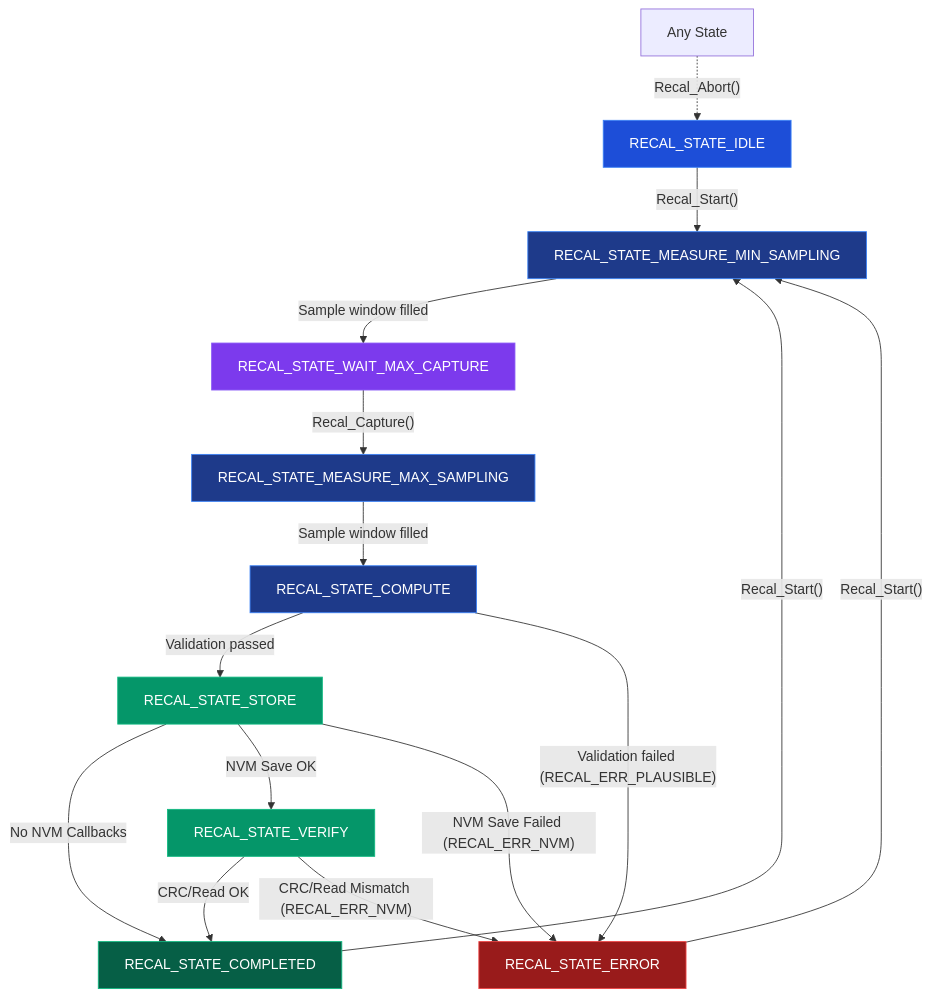
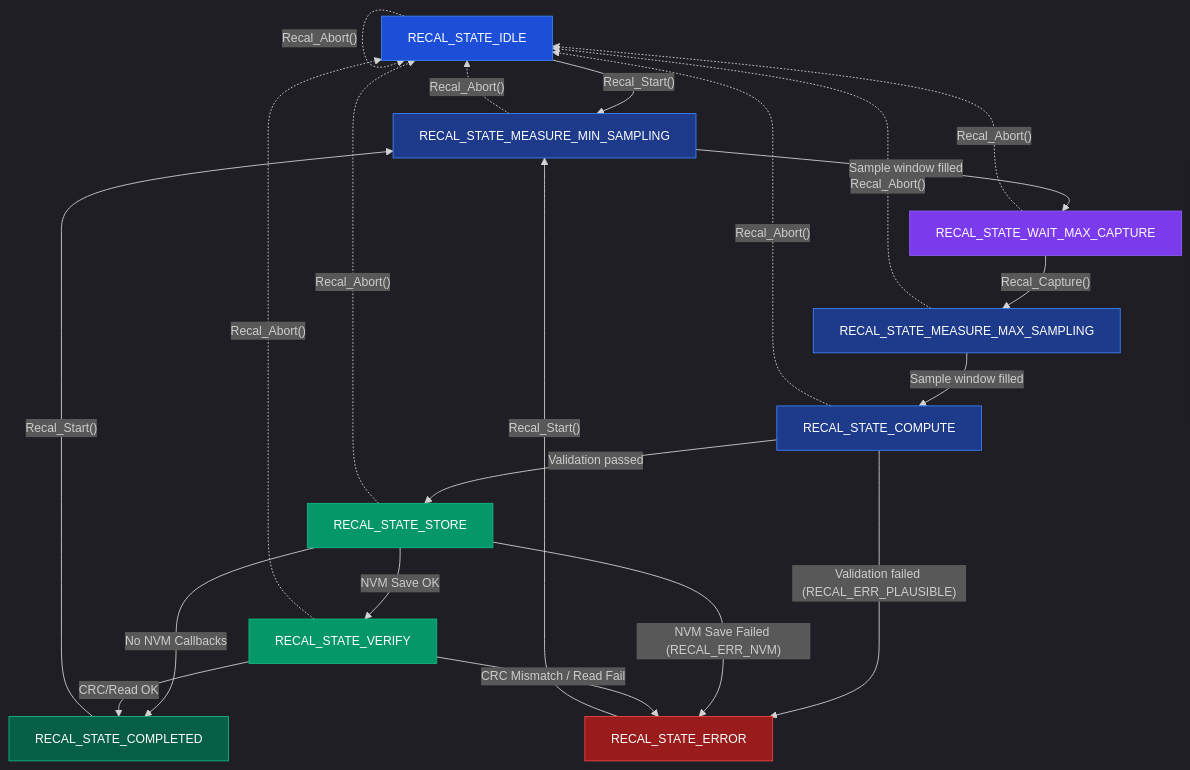
Before and after one commit to ARTTU-Software/common: the second of 2 diagrams in docs/modules/drivers/recalibration.md, drawn with Mermaid. The commit also changed other lines of this file and 3 other files, not shown here.

````diff
--- a/docs/modules/drivers/recalibration.md
+++ b/docs/modules/drivers/recalibration.md
@@ -23,40 +304,58 @@
 ```mermaid
+%%{init: {
+  'theme': 'dark',
+  'themeVariables': {
+    'fontSize': '14px',
+    'fontFamily': 'system-ui, sans-serif'
+  },
+  'flowchart': {
+    'nodeSpacing': 30,
+    'rankSpacing': 40,
+    'padding': 15,
+    'curve': 'basis'
+  }
+}}%%
 flowchart TB
-    %% Define reusable class styles
     classDef startNode fill:#1d4ed8,stroke:#3b82f6,stroke-width:1px,color:#fff;
     classDef errorNode fill:#991b1b,stroke:#ef4444,stroke-width:1px,color:#fff;
     classDef successNode fill:#065f46,stroke:#10b981,stroke-width:1px,color:#fff;
     classDef rxPath fill:#7c3aed,stroke:#8b5cf6,stroke-width:1px,color:#fff;
     classDef txPath fill:#059669,stroke:#10b981,stroke-width:1px,color:#fff;
     classDef ctrlPath fill:#1e3a8a,stroke:#3b82f6,stroke-width:1px,color:#fff;
 
     idle["RECAL_STATE_IDLE"]:::startNode
     min_samp["RECAL_STATE_MEASURE_MIN_SAMPLING"]:::ctrlPath
     wait_max["RECAL_STATE_WAIT_MAX_CAPTURE"]:::rxPath
     max_samp["RECAL_STATE_MEASURE_MAX_SAMPLING"]:::ctrlPath
     compute["RECAL_STATE_COMPUTE"]:::ctrlPath
     store["RECAL_STATE_STORE"]:::txPath
     verify["RECAL_STATE_VERIFY"]:::txPath
     completed["RECAL_STATE_COMPLETED"]:::successNode
     err["RECAL_STATE_ERROR"]:::errorNode
 
     idle -->|"Recal_Start()"| min_samp
     min_samp -->|"Sample window filled"| wait_max
     wait_max -->|"Recal_Capture()"| max_samp
     max_samp -->|"Sample window filled"| compute
 
     compute -->|"Validation passed"| store
     compute -->|"Validation failed (RECAL_ERR_PLAUSIBLE)"| err
 
     store -->|"No NVM Callbacks"| completed
     store -->|"NVM Save OK"| verify
     store -->|"NVM Save Failed (RECAL_ERR_NVM)"| err
 
     verify -->|"CRC/Read OK"| completed
-    verify -->|"CRC/Read Mismatch (RECAL_ERR_NVM)"| err
+    verify -->|"CRC Mismatch / Read Fail"| err
 
     completed -->|"Recal_Start()"| min_samp
     err -->|"Recal_Start()"| min_samp
     
-    any_state["Any State"] -.->|"Recal_Abort()"| idle
+    idle -.->|"Recal_Abort()"| idle
+    min_samp -.->|"Recal_Abort()"| idle
+    wait_max -.->|"Recal_Abort()"| idle
+    max_samp -.->|"Recal_Abort()"| idle
+    compute -.->|"Recal_Abort()"| idle
+    store -.->|"Recal_Abort()"| idle
+    verify -.->|"Recal_Abort()"| idle
 ```
````
